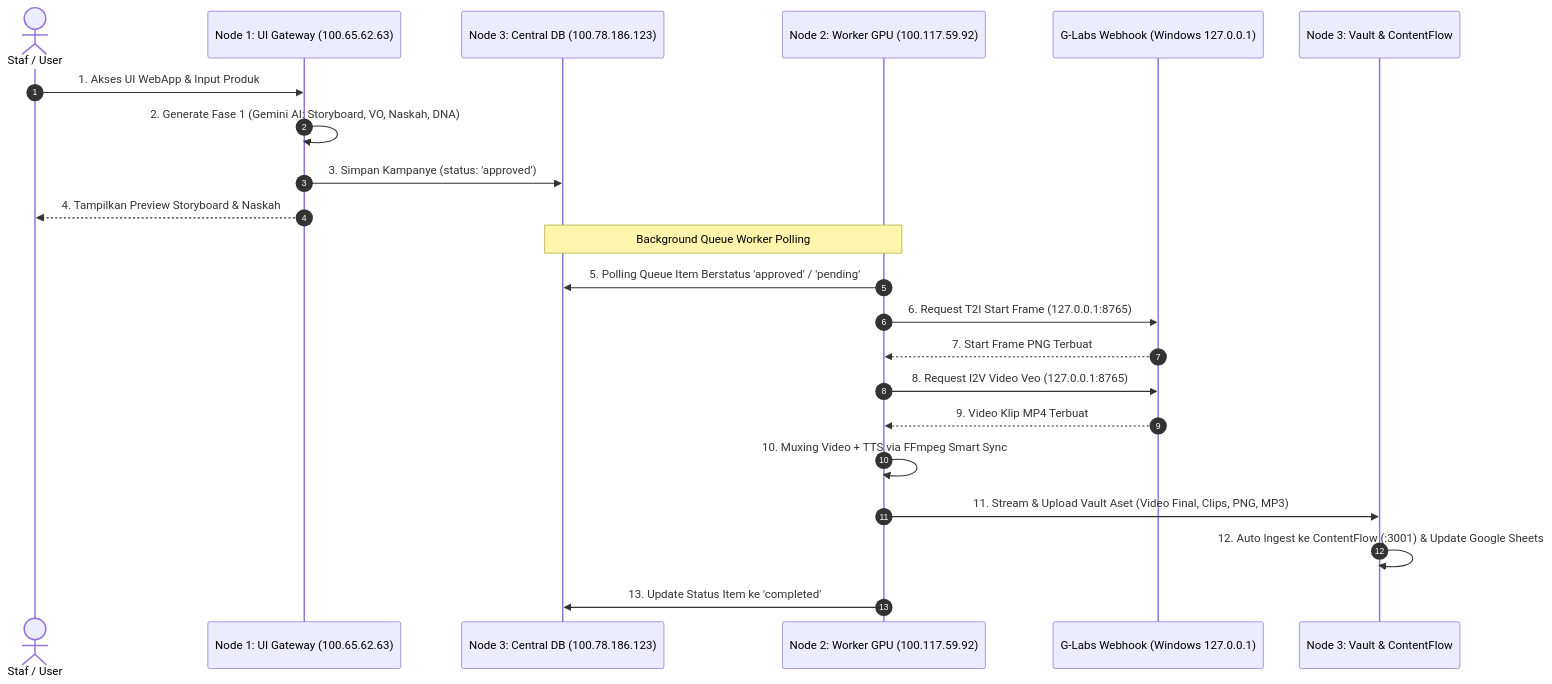
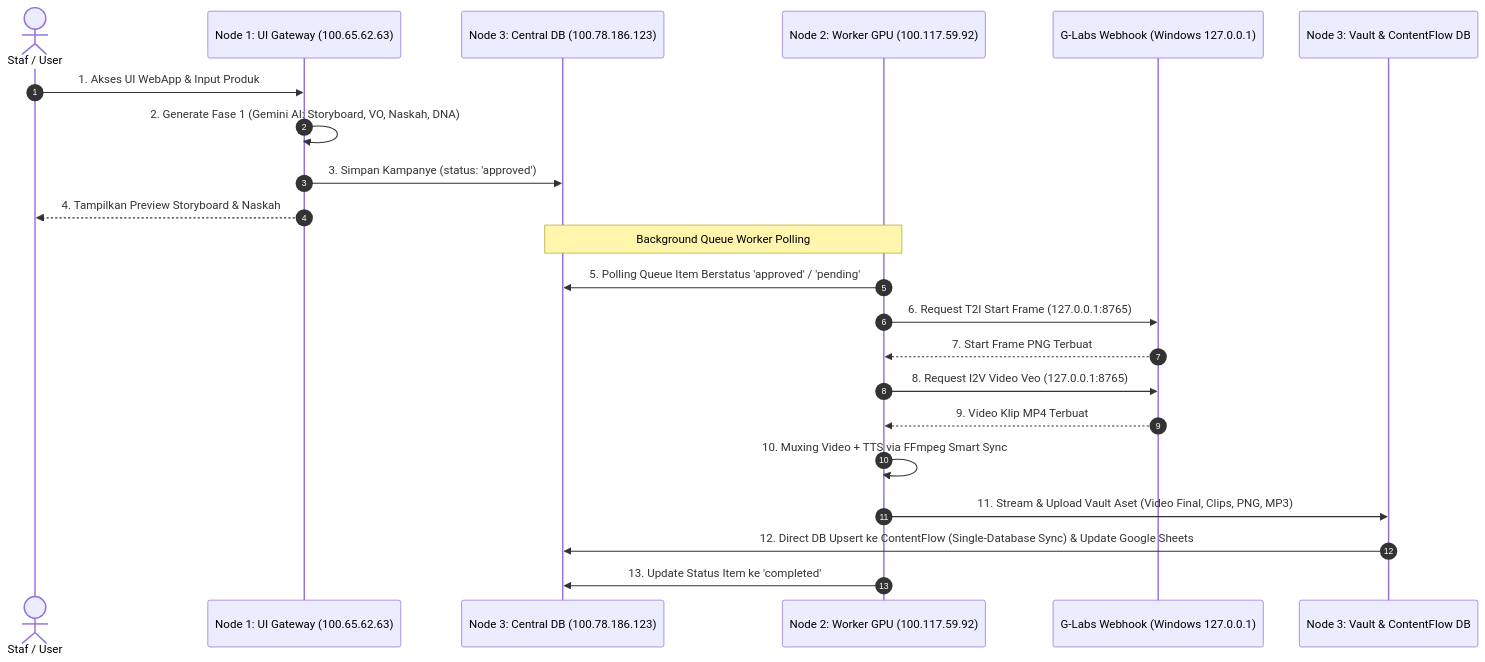
The second of 2 diagrams in sot/global/MAKNA_GRID_DISTRIBUTED_ARCHITECTURE_SOT.md (sabeq83/makna-grid), drawn with Mermaid before and after one commit. The commit also changed other lines of this file and 4 other files, not shown here.

Commit message:
release: v2.2.67 — SOT Update Single-Database ContentFlow Ingest Architecture

````diff
--- a/sot/global/MAKNA_GRID_DISTRIBUTED_ARCHITECTURE_SOT.md
+++ b/sot/global/MAKNA_GRID_DISTRIBUTED_ARCHITECTURE_SOT.md
@@ -76,26 +74,26 @@
 ```mermaid
 sequenceDiagram
     autonumber
     actor Staff as Staf / User
     participant N1 as Node 1: UI Gateway (100.65.62.63)
     participant N3_DB as Node 3: Central DB (100.78.186.123)
     participant N2 as Node 2: Worker GPU (100.117.59.92)
     participant GLabs as G-Labs Webhook (Windows 127.0.0.1)
-    participant N3_Storage as Node 3: Vault & ContentFlow
+    participant N3_Storage as Node 3: Vault & ContentFlow DB
 
     Staff->>N1: 1. Akses UI WebApp & Input Produk
     N1->>N1: 2. Generate Fase 1 (Gemini AI: Storyboard, VO, Naskah, DNA)
     N1->>N3_DB: 3. Simpan Kampanye (status: 'approved')
     N1-->>Staff: 4. Tampilkan Preview Storyboard & Naskah
 
     Note over N2,N3_DB: Background Queue Worker Polling
     N2->>N3_DB: 5. Polling Queue Item Berstatus 'approved' / 'pending'
     N2->>GLabs: 6. Request T2I Start Frame (127.0.0.1:8765)
     GLabs-->>N2: 7. Start Frame PNG Terbuat
     N2->>GLabs: 8. Request I2V Video Veo (127.0.0.1:8765)
     GLabs-->>N2: 9. Video Klip MP4 Terbuat
     N2->>N2: 10. Muxing Video + TTS via FFmpeg Smart Sync
     N2->>N3_Storage: 11. Stream & Upload Vault Aset (Video Final, Clips, PNG, MP3)
-    N3_Storage->>N3_Storage: 12. Auto Ingest ke ContentFlow (:3001) & Update Google Sheets
+    N3_Storage->>N3_DB: 12. Direct DB Upsert ke ContentFlow (Single-Database Sync) & Update Google Sheets
     N2->>N3_DB: 13. Update Status Item ke 'completed'
 ```
````
